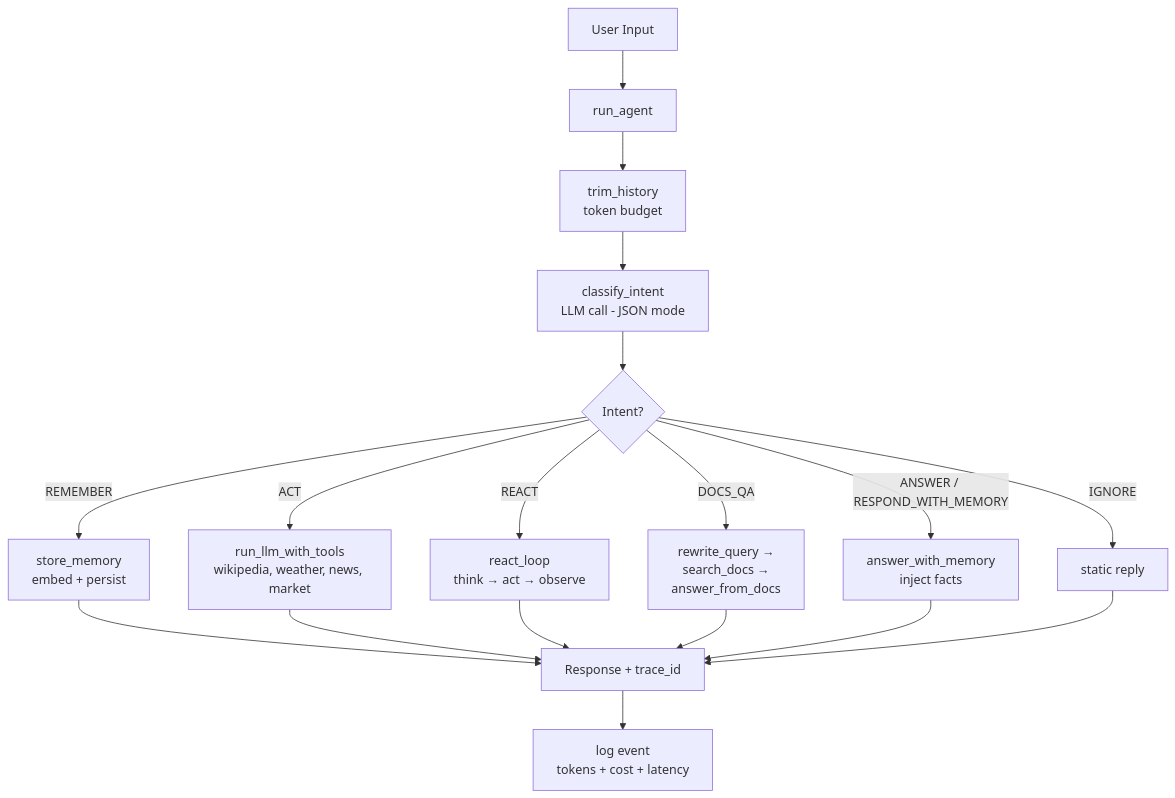
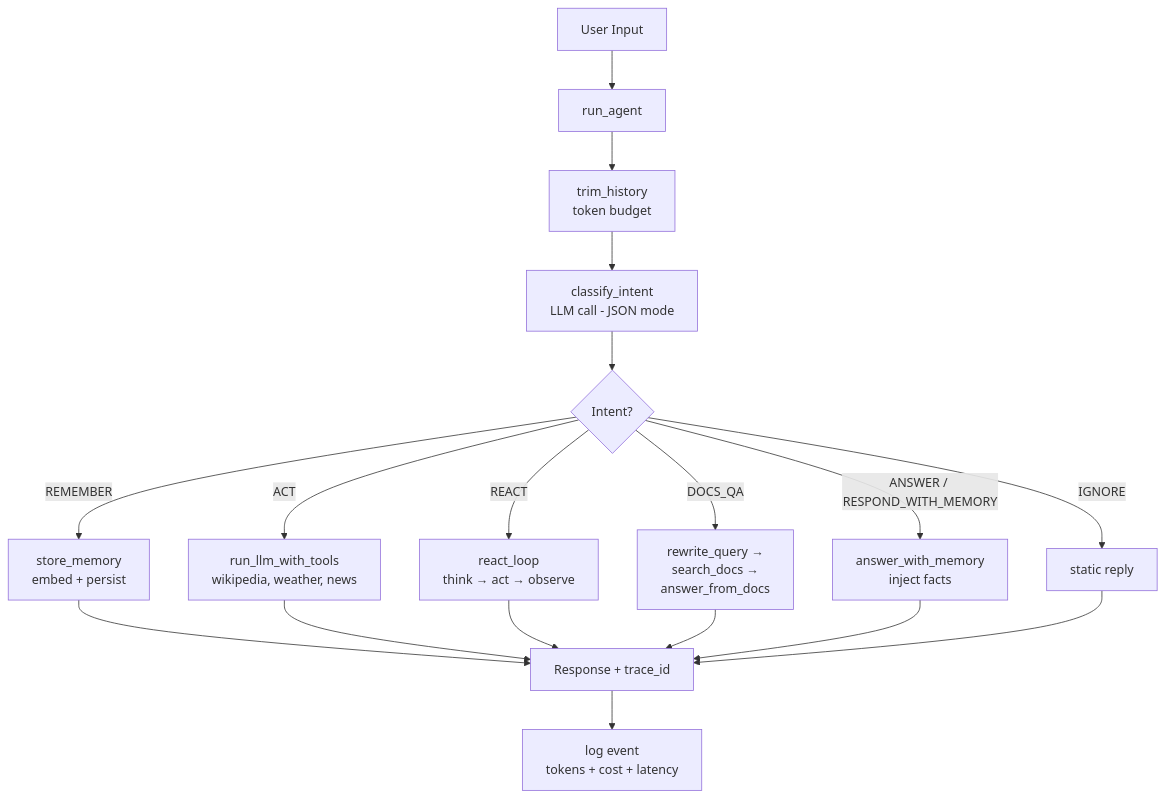
The diagram in README.md (sk-20231/agentforge), drawn with Mermaid before and after one commit. The commit also changed other lines of this file, not shown here.

````diff
--- a/README.md
+++ b/README.md
@@ -44,20 +44,20 @@
 ```mermaid
 flowchart TD
     A[User Input] --> B[run_agent]
     B --> C[trim_history<br/>token budget]
     C --> D[classify_intent<br/>LLM call - JSON mode]
     D --> E{Intent?}
     E -->|REMEMBER| F[store_memory<br/>embed + persist]
-    E -->|ACT| G[run_llm_with_tools<br/>wikipedia, weather, news, market]
+    E -->|ACT| G[run_llm_with_tools<br/>wikipedia, weather, news]
     E -->|REACT| H[react_loop<br/>think → act → observe]
     E -->|DOCS_QA| I[rewrite_query →<br/>search_docs →<br/>answer_from_docs]
     E -->|ANSWER / RESPOND_WITH_MEMORY| J[answer_with_memory<br/>inject facts]
     E -->|IGNORE| K[static reply]
     F --> L[Response + trace_id]
     G --> L
     H --> L
     I --> L
     J --> L
     K --> L
     L --> M[log event<br/>tokens + cost + latency]
 ```
````
